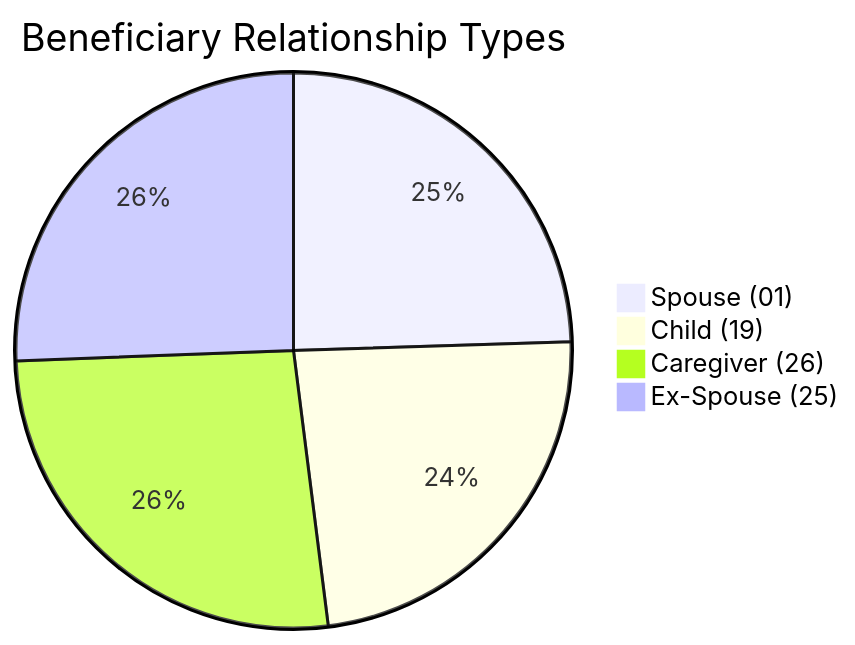
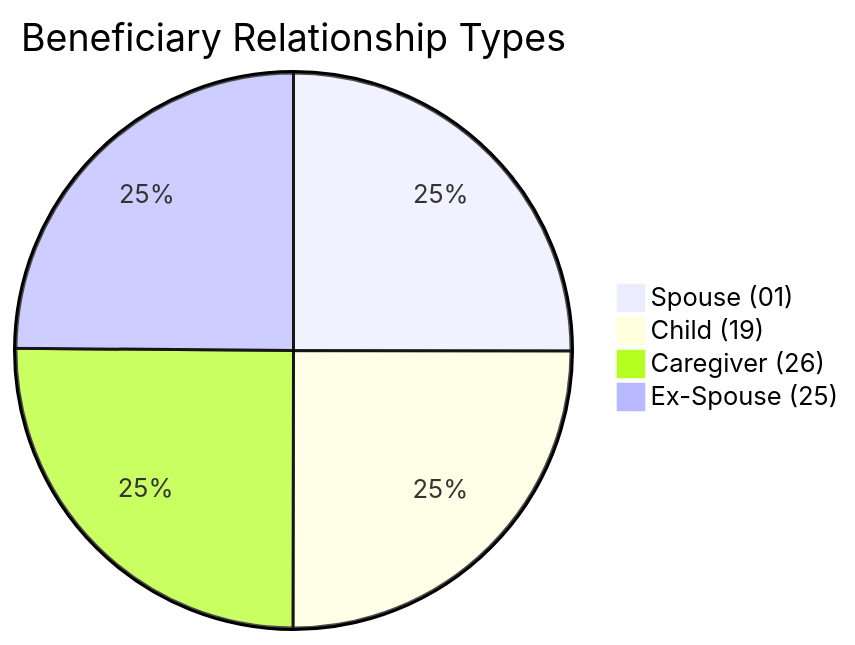
The eighth of 10 diagrams in test-tools/DataGen/src/Statistics_Visualizer.md (dhagan-va/intern-2025), drawn with Mermaid before and after one commit. The commit also changed other lines of this file, not shown here.

````diff
--- a/test-tools/DataGen/src/Statistics_Visualizer.md
+++ b/test-tools/DataGen/src/Statistics_Visualizer.md
@@ -87,7 +87,7 @@
 ```mermaid
 pie title Beneficiary Relationship Types
-    "Spouse (01)" : 245
-    "Child (19)" : 235
-    "Caregiver (26)" : 264
-    "Ex-Spouse (25)" : 256
+    "Spouse (01)" : 25029
+    "Child (19)" : 24999
+    "Caregiver (26)" : 25098
+    "Ex-Spouse (25)" : 24874
 ```
````
